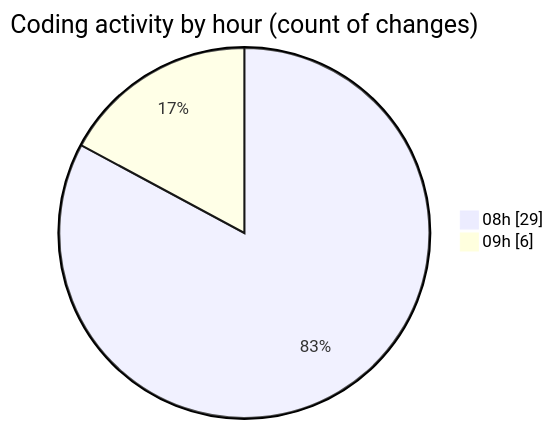
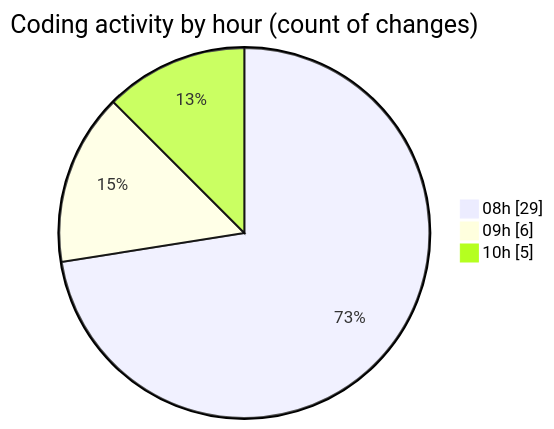
Before and after one commit to MatusMokan/code-tracking: the second of 2 diagrams in 2025-04-20/myws__workspace_/README.md, drawn with Mermaid. The commit also changed other lines of this file and 1 other file, not shown here.

````diff
--- a/2025-04-20/myws__workspace_/README.md
+++ b/2025-04-20/myws__workspace_/README.md
@@ -28,6 +29,7 @@
 ```mermaid
 pie showData
 title Coding activity by hour (count of changes)
 "08h" : 29
 "09h" : 6
+"10h" : 5
 ```
````
